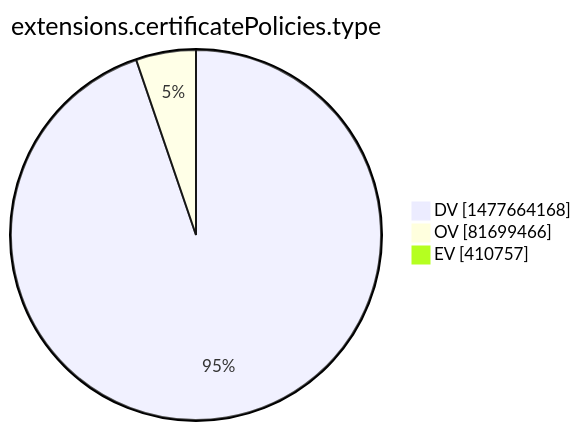
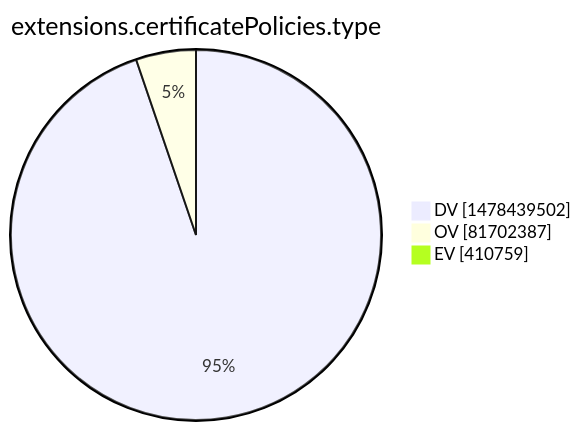
The tenth of 15 diagrams in xenon2022/README.md (christiankrug/ctmonitor_visualization), drawn with Mermaid before and after one commit. The commit also changed other lines of this file, not shown here.

````diff
--- a/xenon2022/README.md
+++ b/xenon2022/README.md
@@ -2873,7 +2873,7 @@
 ```mermaid
 pie showData
 title extensions.certificatePolicies.type
-"DV" :1477664168
-"OV" :81699466
-"EV" :410757
+"DV" :1478439502
+"OV" :81702387
+"EV" :410759
 ```
````
